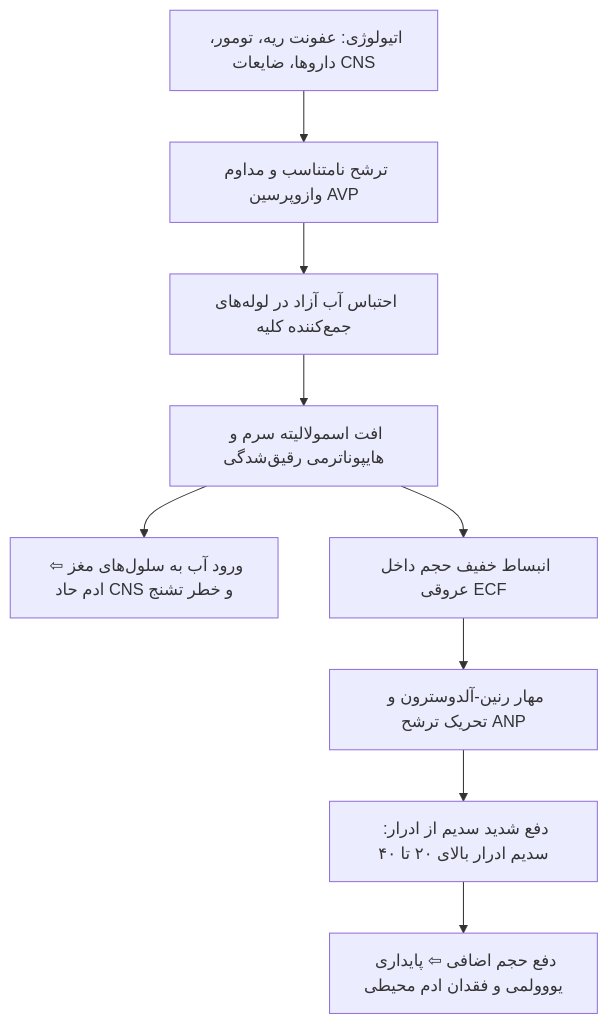
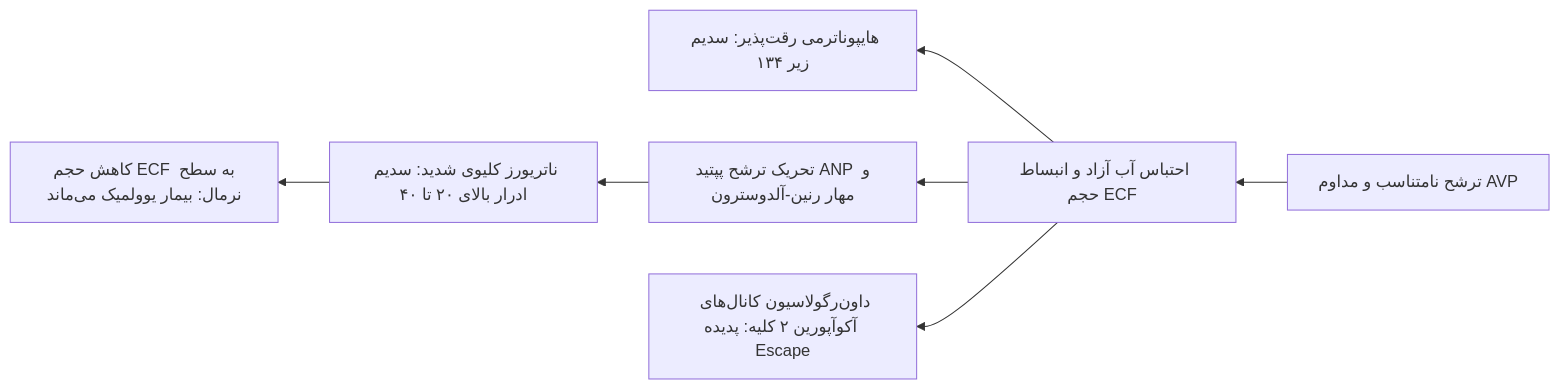
One commit to neopulse-hub/TUMS-1402-1-neo changed the fourth of 5 diagrams in 07/مبانی غدد/هیپوفیز خلفی.md. Above: the diagram before and after it, drawn with Mermaid. The commit also changed other lines of this file and 5 other files, not shown here.

````diff
--- a/07/مبانی غدد/هیپوفیز خلفی.md
+++ b/07/مبانی غدد/هیپوفیز خلفی.md
@@ -230,13 +179,9 @@
 ```mermaid
-flowchart TD
-    SIADCause[اتیولوژی: عفونت ریه، تومور، داروها، ضایعات CNS] --> NonPhysioAVP[ترشح نامتناسب و مداوم وازوپرسین AVP]
-    NonPhysioAVP --> WaterRetain[احتباس آب آزاد در لوله‌های جمع‌کننده کلیه]
-    WaterRetain --> HypoOsm[افت اسمولالیته سرم و هایپوناترمی رقیق‌شدگی]
-    
-    HypoOsm --> BrainEdema[ورود آب به سلول‌های مغز ⇦ ادم حاد CNS و خطر تشنج]
-    HypoOsm --> VolumeExp[انبساط خفیف حجم داخل عروقی ECF]
-    
-    VolumeExp --> InhibitRAAS[مهار رنین-آلدوسترون و تحریک ترشح ANP]
-    InhibitRAAS --> Natriuresis[دفع شدید سدیم از ادرار: سدیم ادرار بالای ۲۰ تا ۴۰]
-    Natriuresis --> Euvolemia[دفع حجم اضافی ⇦ پایداری یووولمی و فقدان ادم محیطی]
+flowchart RL
+    AVPHigh[ترشح نامتناسب و مداوم AVP] --> WaterRet[احتباس آب آزاد و انبساط حجم ECF]
+    WaterRet --> Dilution[هایپوناترمی رقت‌پذیر: سدیم زیر ۱۳۴]
+    WaterRet --> Stretch[تحریک ترشح پپتید ANP و مهار رنین-آلدوسترون]
+    Stretch --> Natriuresis[ناتریورز کلیوی شدید: سدیم ادرار بالای ۲۰ تا ۴۰]
+    Natriuresis --> VolNorm[کاهش حجم ECF به سطح نرمال: بیمار یوولمیک می‌ماند]
+    WaterRet --> DownReg[داون‌رگولاسیون کانال‌های آکوآپورین ۲ کلیه: پدیده Escape]
 ```
````
